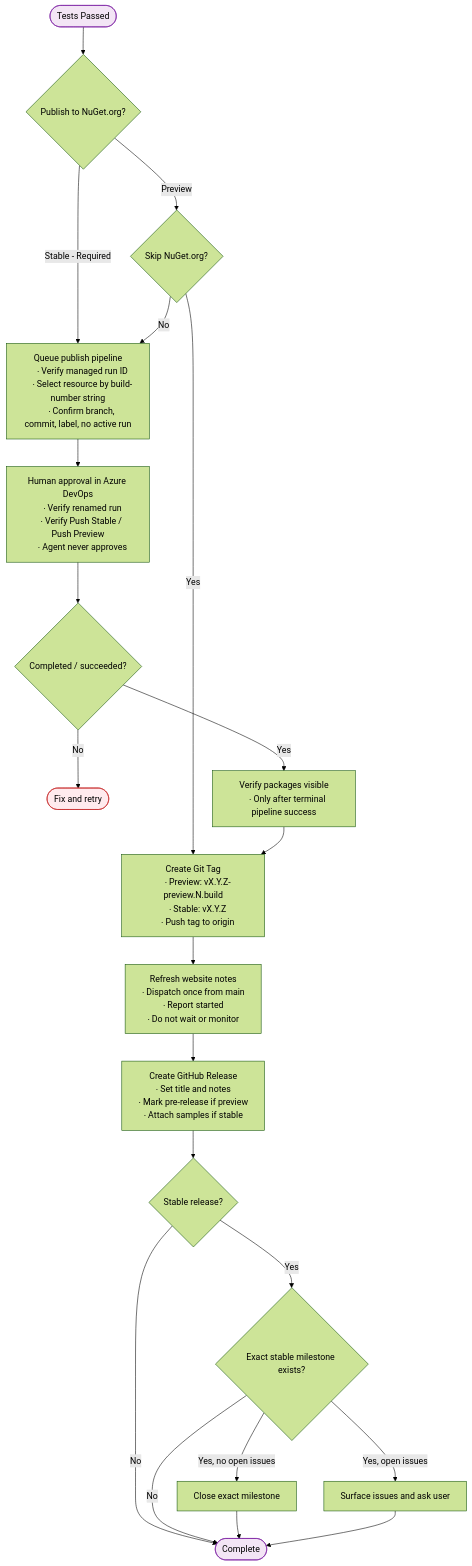
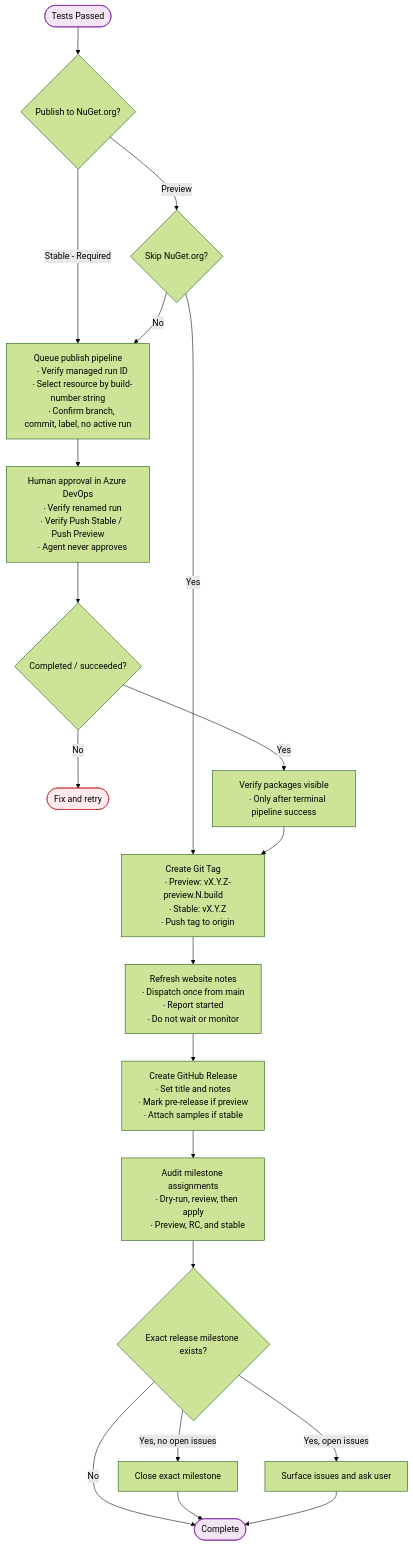
Before and after one commit to mono/SkiaSharp: the third of 3 diagrams in documentation/dev/releasing.md, drawn with Mermaid (forest theme). The commit also changed 2 other files, not shown here.

Commit message:
Restore every-release milestone hygiene
Inline the concise publish queue procedure, remove the obsolete Azure reference, and restore milestone auditing and exact optional closure for preview, RC, and stable releases.

Copilot-Session: ae9429ab-3288-4306-bef2-334a88751a86

````diff
--- a/documentation/dev/releasing.md
+++ b/documentation/dev/releasing.md
@@ -241,57 +241,58 @@
 ```mermaid
 flowchart TB
     START([Tests Passed]) --> REQ{Publish to NuGet.org?}
     
     REQ -->|Stable - Required| PUBLISH
     REQ -->|Preview| SKIP{Skip NuGet.org?}
     SKIP -->|Yes| TAG
     SKIP -->|No| PUBLISH
     
     PUBLISH["Queue publish pipeline
     ∙ Verify managed run ID
     ∙ Select resource by build-number string
     ∙ Confirm branch, commit, label, no active run"]
     
     PUBLISH --> APPROVE["Human approval in Azure DevOps
     ∙ Verify renamed run
     ∙ Verify Push Stable / Push Preview
     ∙ Agent never approves"]
 
     APPROVE --> STATUS{Completed / succeeded?}
     STATUS -->|No| FAILED([Fix and retry])
     STATUS -->|Yes| VERIFY["Verify packages visible
     ∙ Only after terminal pipeline success"]
 
     VERIFY --> TAG
     
     TAG["Create Git Tag
     ∙ Preview: vX.Y.Z-preview.N.build
     ∙ Stable: vX.Y.Z
     ∙ Push tag to origin"]
     
     TAG --> NOTES["Refresh website notes
     ∙ Dispatch once from main
     ∙ Report started
     ∙ Do not wait or monitor"]
 
     NOTES --> RELEASE
     
     RELEASE["Create GitHub Release
     ∙ Set title and notes
     ∙ Mark pre-release if preview
     ∙ Attach samples if stable"]
     
-    RELEASE --> STABLE{Stable release?}
-    STABLE -->|No| DONE([Complete])
-    STABLE -->|Yes| MILESTONE{Exact stable milestone exists?}
+    RELEASE --> AUDIT["Audit milestone assignments
+    ∙ Dry-run, review, then apply
+    ∙ Preview, RC, and stable"]
+    AUDIT --> MILESTONE{Exact release milestone exists?}
     MILESTONE -->|No| DONE([Complete])
     MILESTONE -->|Yes, no open issues| CLOSE[Close exact milestone]
     MILESTONE -->|Yes, open issues| ASK[Surface issues and ask user]
     CLOSE --> DONE
     ASK --> DONE
 
     classDef error fill:#ffebee,stroke:#c62828
     classDef endpoint fill:#f3e5f5,stroke:#7b1fa2
     class FAILED error
     class START,DONE endpoint
 ```
````
